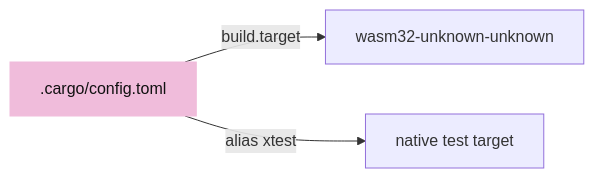
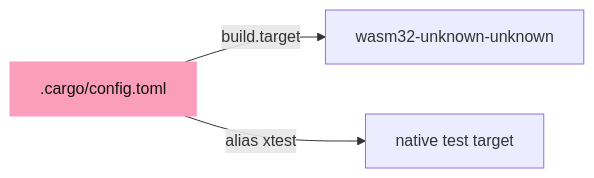
Before and after one commit to petrasvestartas/session: the second of 6 diagrams in session_viewer/docs/00-environment.md, drawn with Mermaid. The commit also changed other lines of this file and 328 other files, not shown here.

First line of the commit message:
Course: the palette you sent, and mermaid drawn like the drawings

````diff
--- a/session_viewer/docs/00-environment.md
+++ b/session_viewer/docs/00-environment.md
@@ -50,6 +50,6 @@
 ```mermaid
 flowchart LR
     G[".cargo/config.toml"] -- "build.target" --> W["wasm32-unknown-unknown"]
     G -- "alias xtest" --> N["native test target"]
-    style G fill:#f0bcdb,stroke:#f0bcdb,color:#111
+    style G fill:#fa9ebc,stroke:#fa9ebc,color:#111
 ```
````
